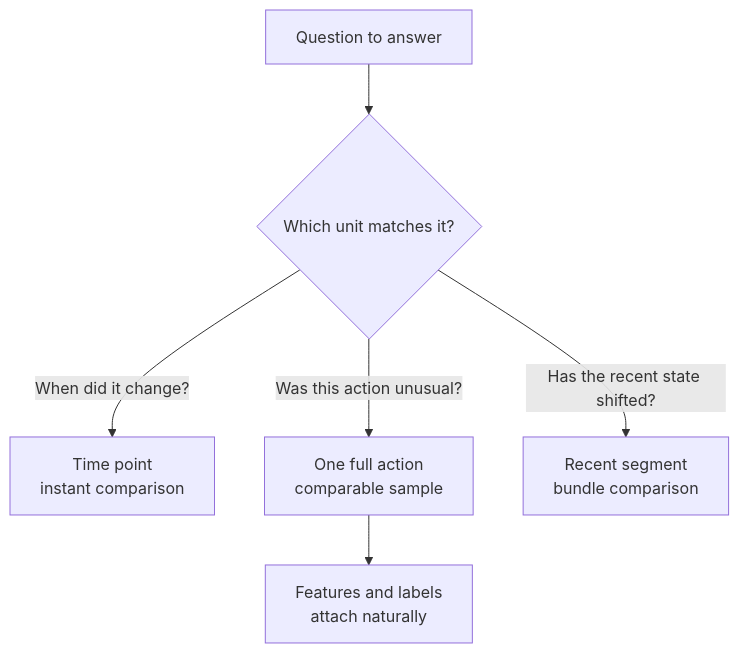
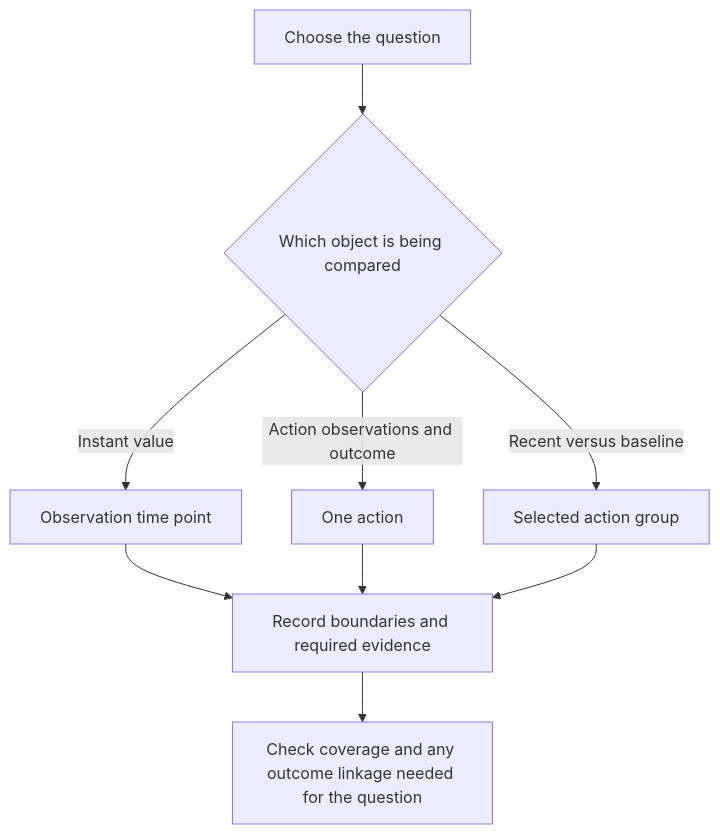
One commit to devchan64/AiBook changed the diagram in docs/assets/part-03/chapter-04/p3-4-1-mermaid-01-en.mmd. Above: the diagram before and after it, drawn with Mermaid. The commit also changed 38 other files, not shown here.

````diff
--- a/docs/assets/part-03/chapter-04/p3-4-1-mermaid-01-en.mmd
+++ b/docs/assets/part-03/chapter-04/p3-4-1-mermaid-01-en.mmd
@@ -1,15 +1,9 @@
-```mermaid
 flowchart TD
-    Q[Question to answer]
-    U{Which unit matches it?}
-    T[Time point<br/>instant comparison]
-    A[One full action<br/>comparable sample]
-    W[Recent segment<br/>bundle comparison]
-    F[Features and labels<br/>attach naturally]
-
-    Q --> U
-    U -->|When did it change?| T
-    U -->|Was this action unusual?| A
-    U -->|Has the recent state shifted?| W
-    A --> F
-```
+    A[Choose the question] --> B{Which object is being compared}
+    B -- Instant value --> C[Observation time point]
+    B -- Action observations and outcome --> D[One action]
+    B -- Recent versus baseline --> E[Selected action group]
+    C --> F[Record boundaries and required evidence]
+    D --> F
+    E --> F
+    F --> G[Check coverage and any outcome linkage needed for the question]
````
